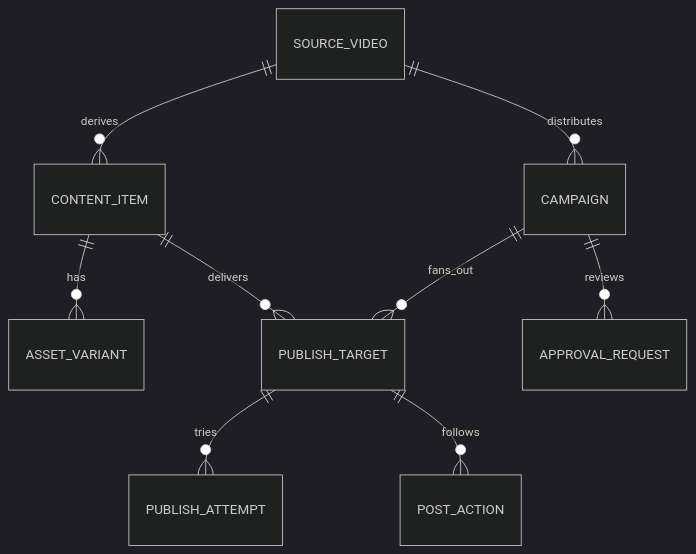
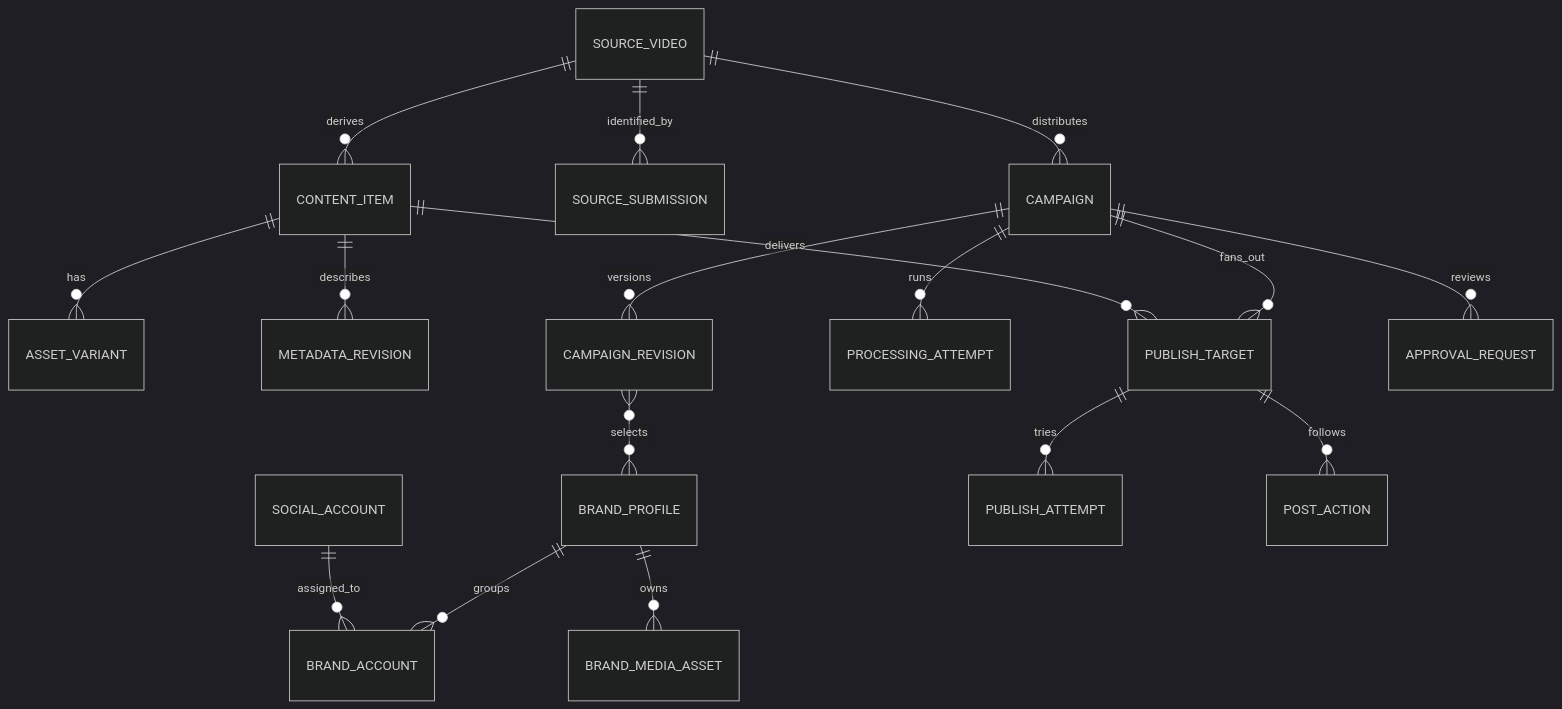
One commit to quyen244/free-scheduler changed the diagram in features/core_data_model/spec.md. Above: the diagram before and after it, drawn with Mermaid (dark theme). The commit also changed other lines of this file and 25 other files, not shown here.

````diff
--- a/features/core_data_model/spec.md
+++ b/features/core_data_model/spec.md
@@ -19,11 +20,19 @@
 ```mermaid
 erDiagram
     SOURCE_VIDEO ||--o{ CONTENT_ITEM : derives
+    SOURCE_VIDEO ||--o{ SOURCE_SUBMISSION : identified_by
     CONTENT_ITEM ||--o{ ASSET_VARIANT : has
+    CONTENT_ITEM ||--o{ METADATA_REVISION : describes
     SOURCE_VIDEO ||--o{ CAMPAIGN : distributes
+    CAMPAIGN ||--o{ CAMPAIGN_REVISION : versions
+    CAMPAIGN ||--o{ PROCESSING_ATTEMPT : runs
+    BRAND_PROFILE ||--o{ BRAND_ACCOUNT : groups
+    SOCIAL_ACCOUNT ||--o{ BRAND_ACCOUNT : assigned_to
+    BRAND_PROFILE ||--o{ BRAND_MEDIA_ASSET : owns
+    CAMPAIGN_REVISION }o--o{ BRAND_PROFILE : selects
     CAMPAIGN ||--o{ PUBLISH_TARGET : fans_out
     CONTENT_ITEM ||--o{ PUBLISH_TARGET : delivers
     PUBLISH_TARGET ||--o{ PUBLISH_ATTEMPT : tries
     PUBLISH_TARGET ||--o{ POST_ACTION : follows
     CAMPAIGN ||--o{ APPROVAL_REQUEST : reviews
 ```
````
